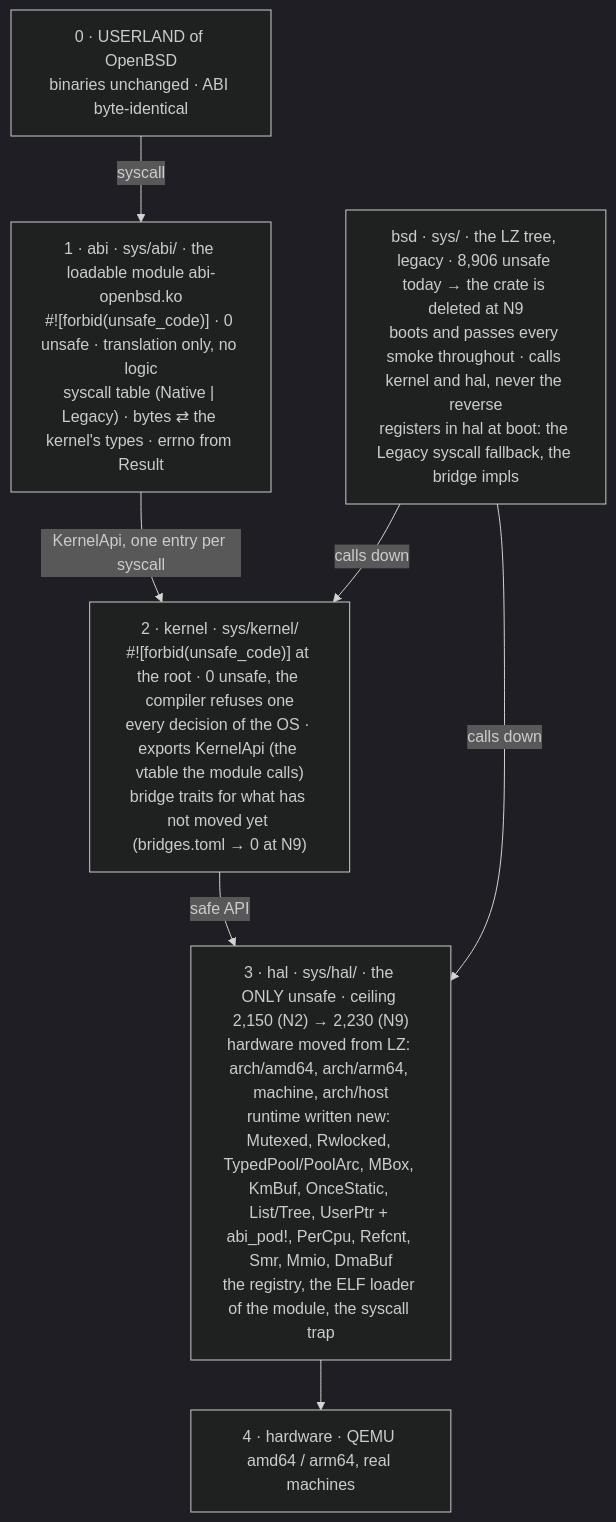
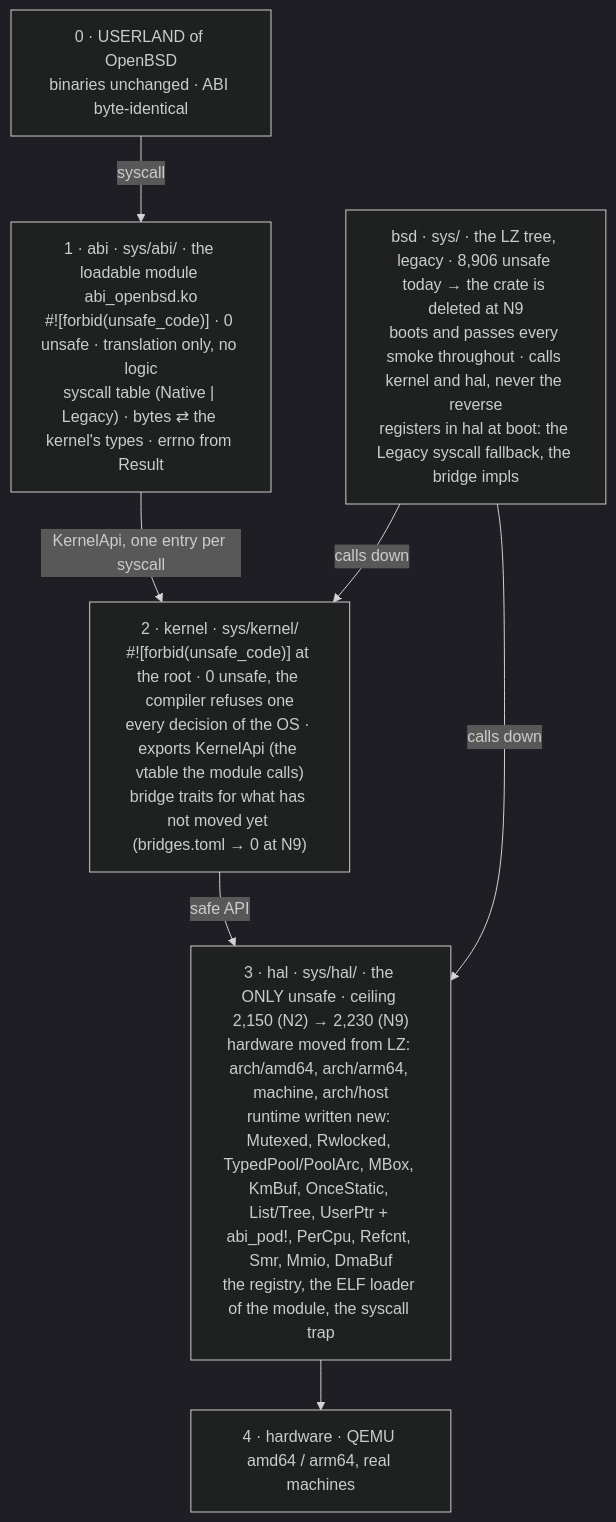
Before and after one commit to EmiBSD/Kernel: the first of 2 diagrams in docs/ZERO_UNSAFE.md, drawn with Mermaid (dark theme). The commit also changed other lines of this file and 40 other files, not shown here.

First line of the commit message:
build: rename the ABI module to abi_openbsd.ko (decision 38)

````diff
--- a/docs/ZERO_UNSAFE.md
+++ b/docs/ZERO_UNSAFE.md
@@ -20,15 +20,15 @@
 ```mermaid
 flowchart TB
     L0["0 · USERLAND of OpenBSD<br/>binaries unchanged · ABI byte-identical"]
-    L1["1 · abi · sys/abi/ · the loadable module abi-openbsd.ko<br/>#![forbid(unsafe_code)] · 0 unsafe · translation only, no logic<br/>syscall table (Native | Legacy) · bytes ⇄ the kernel's types · errno from Result"]
+    L1["1 · abi · sys/abi/ · the loadable module abi_openbsd.ko<br/>#![forbid(unsafe_code)] · 0 unsafe · translation only, no logic<br/>syscall table (Native | Legacy) · bytes ⇄ the kernel's types · errno from Result"]
     L2["2 · kernel · sys/kernel/<br/>#![forbid(unsafe_code)] at the root · 0 unsafe, the compiler refuses one<br/>every decision of the OS · exports KernelApi (the vtable the module calls)<br/>bridge traits for what has not moved yet (bridges.toml → 0 at N9)"]
     L3["3 · hal · sys/hal/ · the ONLY unsafe · ceiling 2,150 (N2) → 2,230 (N9)<br/>hardware moved from LZ: arch/amd64, arch/arm64, machine, arch/host<br/>runtime written new: Mutexed, Rwlocked, TypedPool/PoolArc, MBox, KmBuf, OnceStatic, List/Tree, UserPtr + abi_pod!, PerCpu, Refcnt, Smr, Mmio, DmaBuf<br/>the registry, the ELF loader of the module, the syscall trap"]
     L4["4 · hardware · QEMU amd64 / arm64, real machines"]
     L0 -->|"syscall"| L1
     L1 -->|"KernelApi, one entry per syscall"| L2
     L2 -->|"safe API"| L3
     L3 --> L4
     B["bsd · sys/ · the LZ tree, legacy · 8,906 unsafe today → the crate is deleted at N9<br/>boots and passes every smoke throughout · calls kernel and hal, never the reverse<br/>registers in hal at boot: the Legacy syscall fallback, the bridge impls"]
     B -->|"calls down"| L2
     B -->|"calls down"| L3
 ```
````
